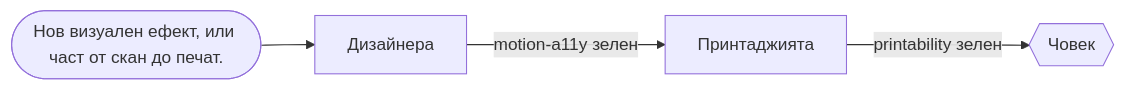
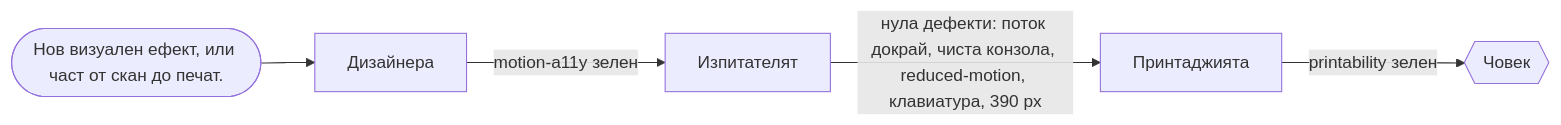
The ninth of 9 diagrams in .claude/agents/_teams.md (stefkostefko92-ux/Few-few), drawn with Mermaid before and after one commit. The commit also changed other lines of this file and 9 other files, not shown here.

````diff
--- a/.claude/agents/_teams.md
+++ b/.claude/agents/_teams.md
@@ -480,10 +480,12 @@
 ```mermaid
 flowchart LR
   start(["Нов визуален ефект, или част от скан до печат."])
   s0["Дизайнера"]
-  s1["Принтаджията"]
+  s1["Изпитателят"]
+  s2["Принтаджията"]
   h{{"Човек"}}
   start --> s0
   s0 -- "motion-a11y зелен" --> s1
-  s1 -- "printability зелен" --> h
+  s1 -- "нула дефекти: поток докрай, чиста конзола, reduced-motion, клавиатура, 390 px" --> s2
+  s2 -- "printability зелен" --> h
 ```
````
